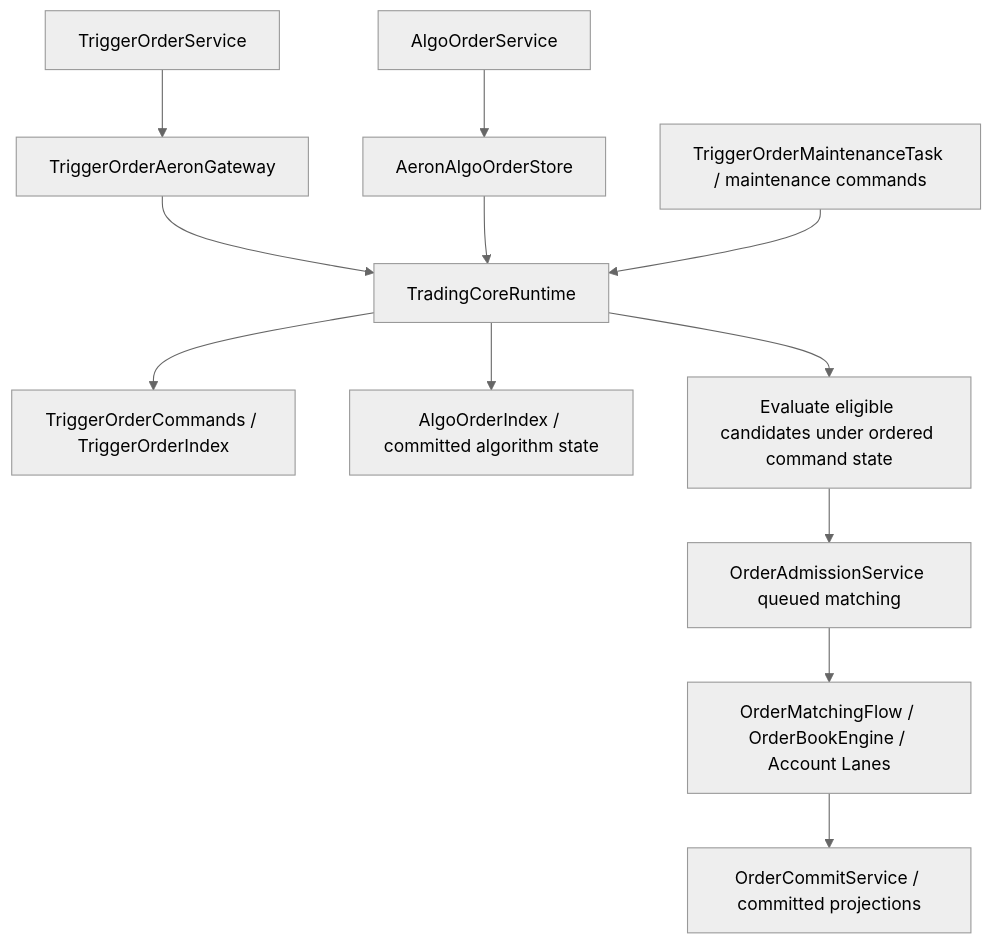
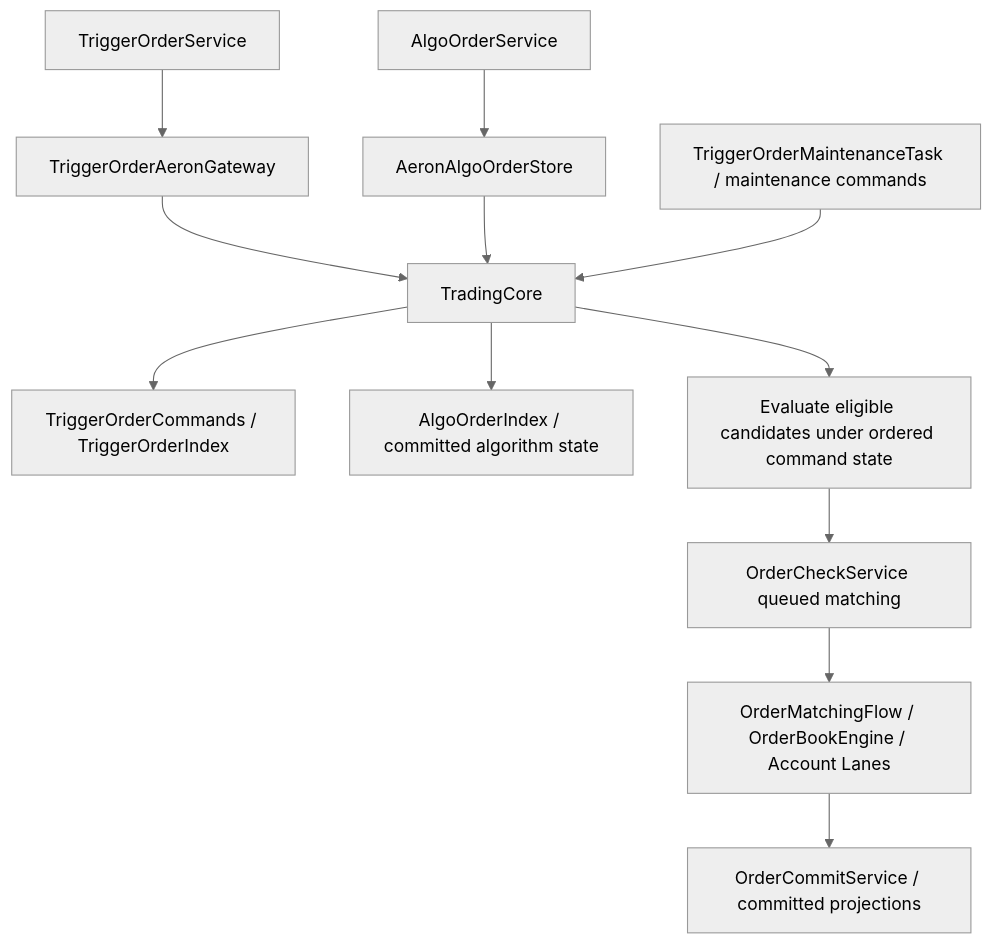
One commit to lilaizhencn/surprising-ex changed the eighth of 15 diagrams in README.md. Above: the diagram before and after it, drawn with Mermaid (neutral theme). The commit also changed other lines of this file and 329 other files, not shown here.

````diff
--- a/README.md
+++ b/README.md
@@ -217,14 +217,14 @@
 ```mermaid
 flowchart TB
     Trigger[TriggerOrderService] --> TG[TriggerOrderAeronGateway]
     Algo[AlgoOrderService] --> Store[AeronAlgoOrderStore]
-    TG --> Core[TradingCoreRuntime]
+    TG --> Core[TradingCore]
     Store --> Core
     Core --> TriggerState[TriggerOrderCommands / TriggerOrderIndex]
     Core --> AlgoState[AlgoOrderIndex / committed algorithm state]
     Maintenance[TriggerOrderMaintenanceTask / maintenance commands] --> Core
     Core --> Candidates[Evaluate eligible candidates under ordered command state]
-    Candidates --> Admission[OrderAdmissionService queued matching]
+    Candidates --> Admission[OrderCheckService queued matching]
     Admission --> Common[OrderMatchingFlow / OrderBookEngine / Account Lanes]
     Common --> Commit[OrderCommitService / committed projections]
 ```
````
